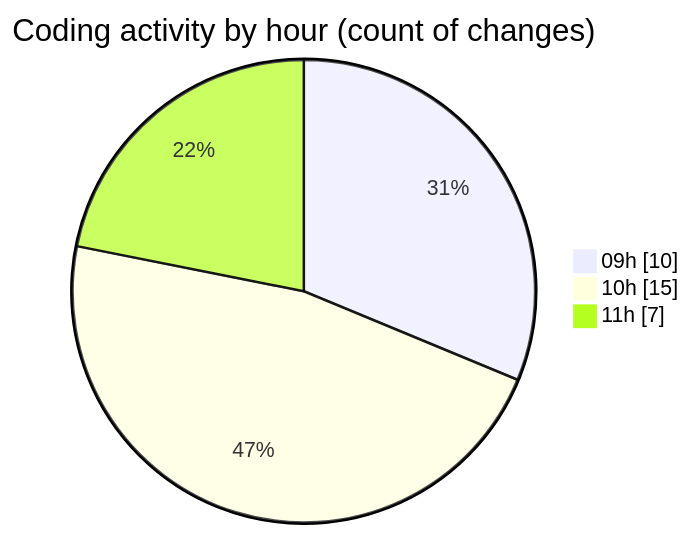
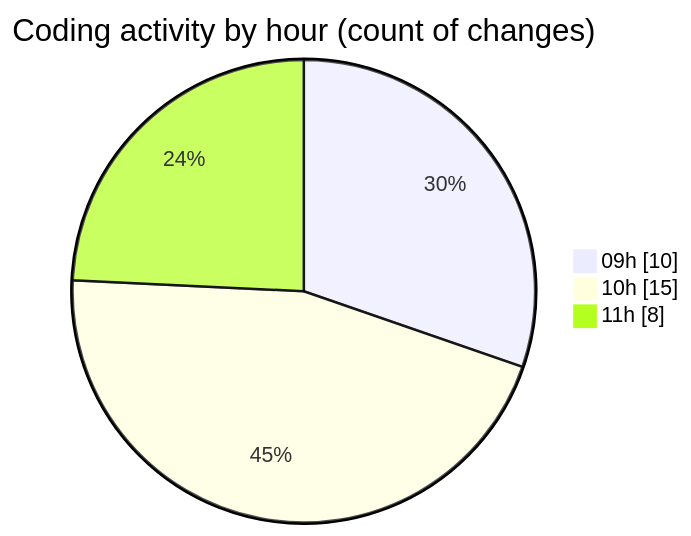
Before and after one commit to MatusMokan/code-tracking: the second of 2 diagrams in 2025-03-21/myws__workspace_/README.md, drawn with Mermaid. The commit also changed other lines of this file and 1 other file, not shown here.

````diff
--- a/2025-03-21/myws__workspace_/README.md
+++ b/2025-03-21/myws__workspace_/README.md
@@ -30,7 +30,7 @@
 ```mermaid
 pie showData
 title Coding activity by hour (count of changes)
 "09h" : 10
 "10h" : 15
-"11h" : 7
+"11h" : 8
 ```
````
